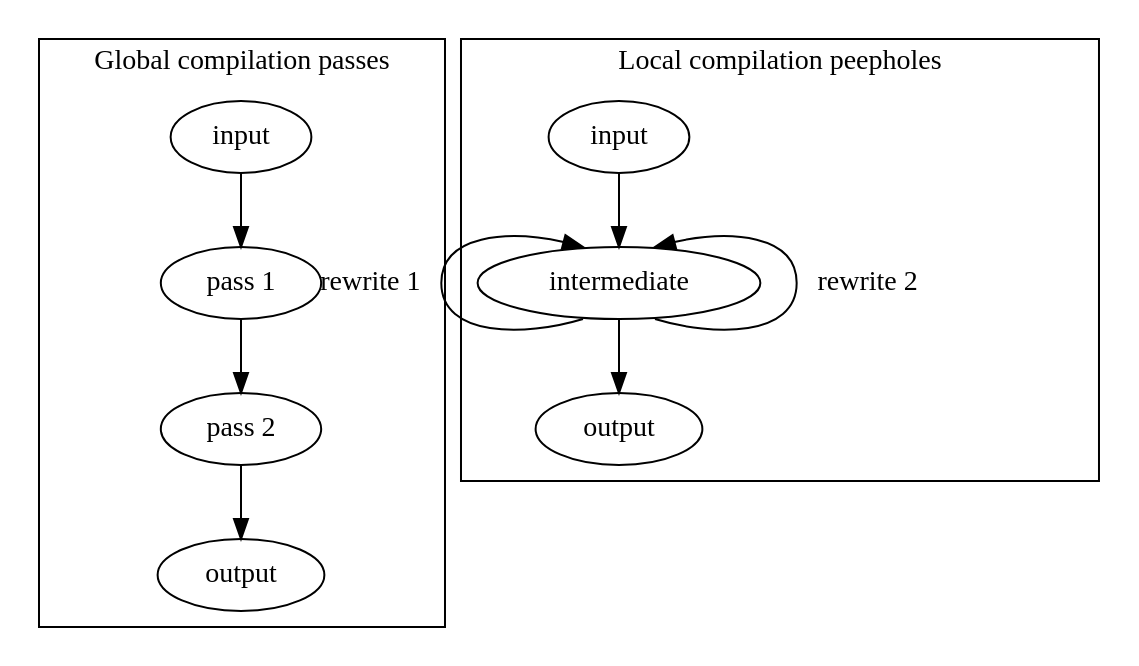
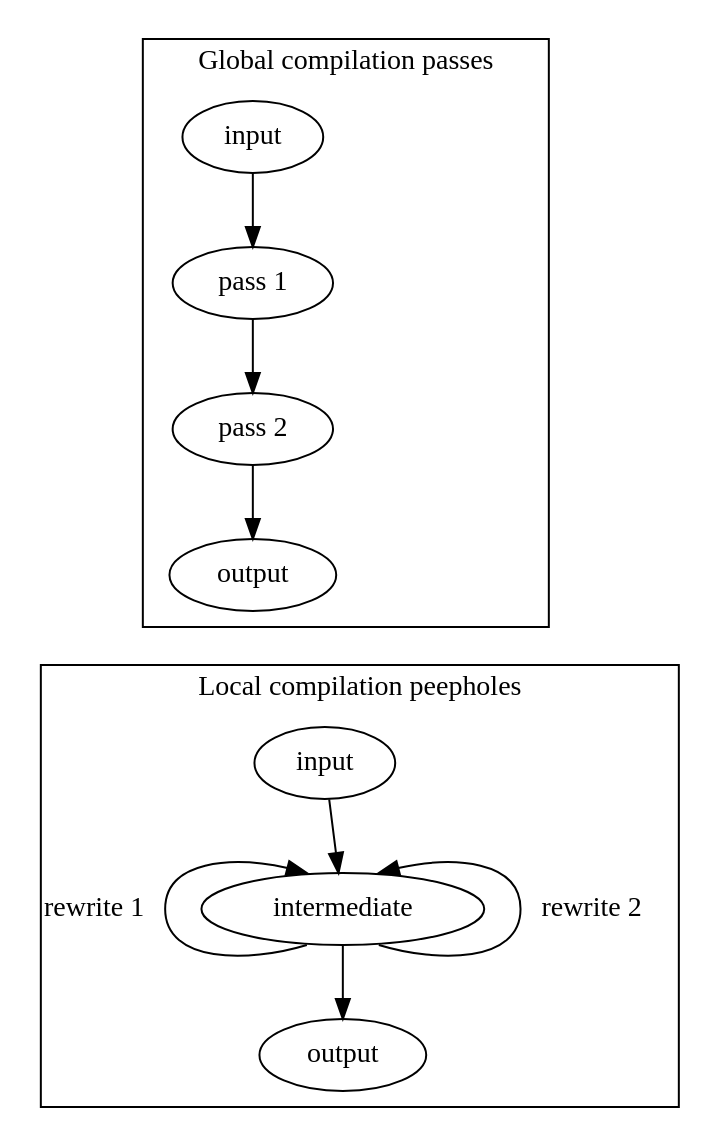
The diagram in doc/figures/passes_vs_peepholes.dot (oatlog/oatlog), drawn with Graphviz before and after one commit. The commit also changed 4 other files, not shown here.

```diff
--- a/doc/figures/passes_vs_peepholes.dot
+++ b/doc/figures/passes_vs_peepholes.dot
@@ -1,33 +1,35 @@
 digraph G {
     newrank=true;
     rankdir="TD";
 
     subgraph cluster_passes {
         label = "Global compilation passes";
 
         A [label="input"]
         B [label="pass 1"]
         C [label="pass 2"]
         D [label="output"]
 
         A -> B;
         B -> C;
         C -> D;
     }
     subgraph cluster_peepholes {
         label = "Local compilation peepholes";
 
         X1 [style="invis"]
         X2 [style="invis"]
         X1 -> X2 [style="invis"]
 
         X [label="input"]
         Y [label="intermediate"]
         Z [label="output"]
 
         X -> Y;
         Y:sw -> Y:nw [label="rewrite 1 "];
         Y:se -> Y:ne [label=" rewrite 2"];
         Y -> Z;
     }
+    D -> X [style="invis"];
+    D -> X1 [style="invis"];
 }
```
